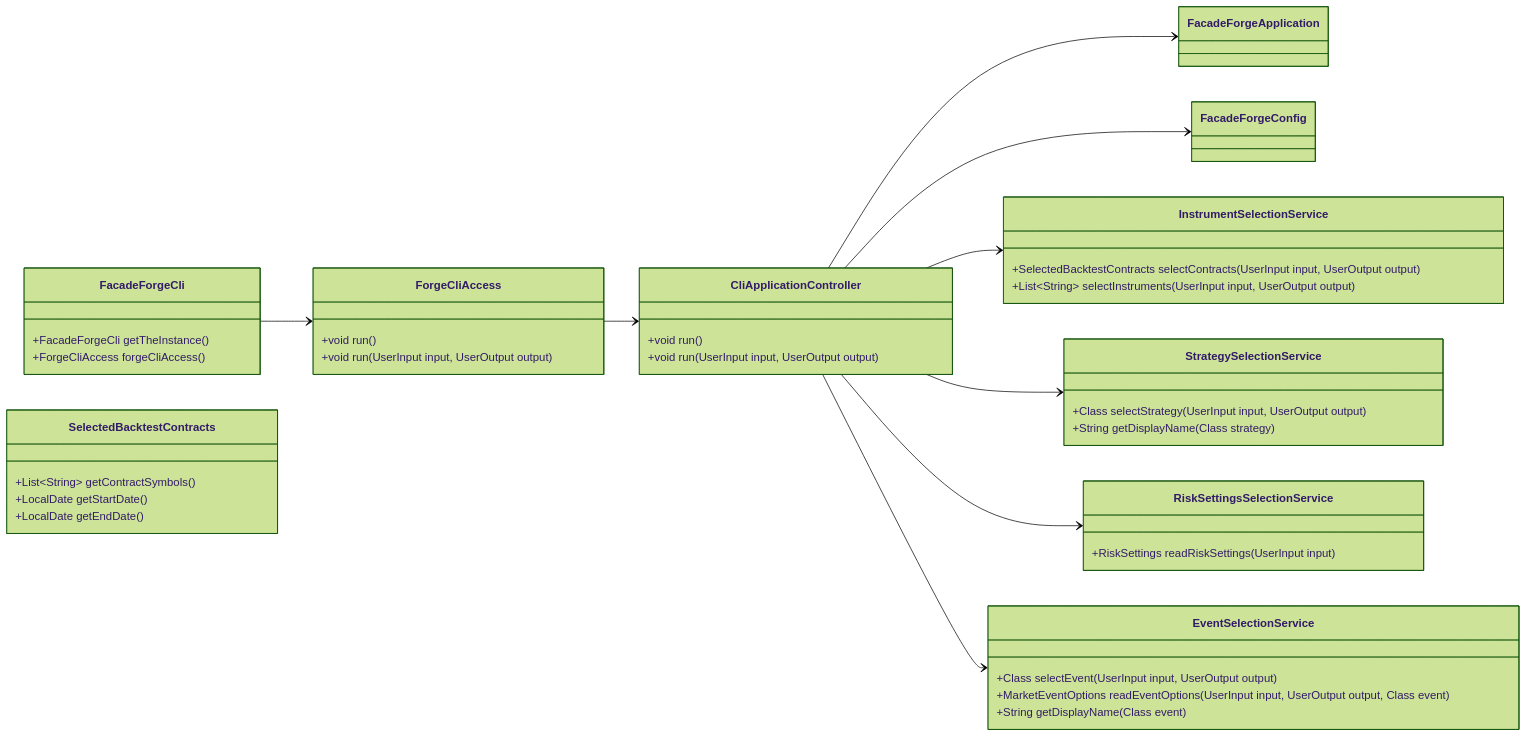
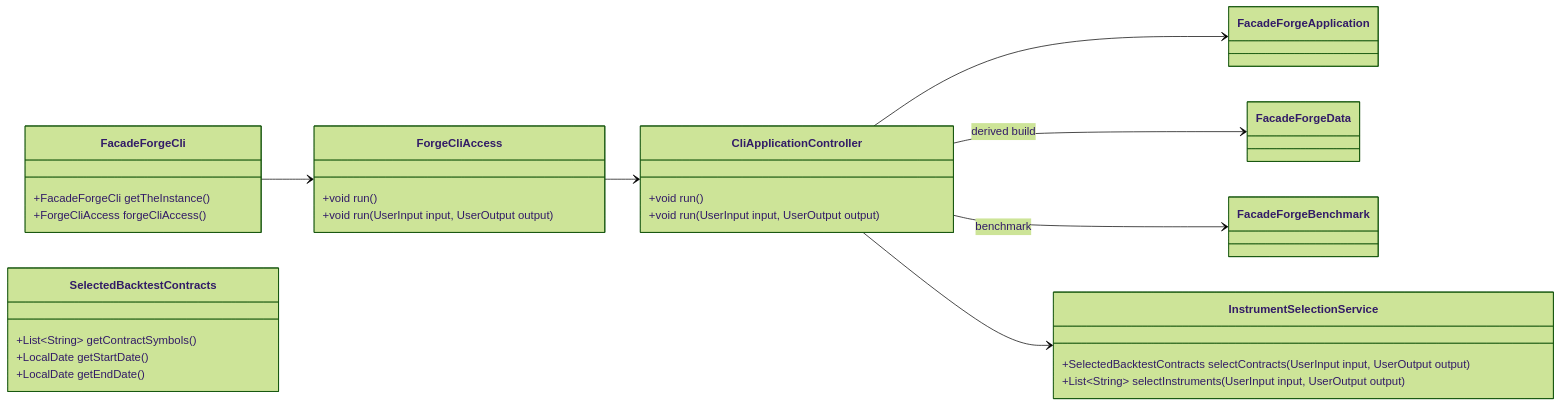
The fifth of 25 diagrams in class-model.md (probst-paul/FORGE), drawn with Mermaid (forest theme) before and after one commit. The commit also changed other lines of this file and 11 other files, not shown here.

First line of the commit message:
Separate user GUI workflows from admin CLI workflows

````diff
--- a/class-model.md
+++ b/class-model.md
@@ -262,54 +309,39 @@
 ```mermaid
 classDiagram
     direction LR
 
     class FacadeForgeCli {
         +FacadeForgeCli getTheInstance()
         +ForgeCliAccess forgeCliAccess()
     }
 
     class ForgeCliAccess {
         +void run()
         +void run(UserInput input, UserOutput output)
     }
 
     class CliApplicationController {
         +void run()
         +void run(UserInput input, UserOutput output)
     }
 
+    class FacadeForgeBenchmark
+
     class InstrumentSelectionService {
         +SelectedBacktestContracts selectContracts(UserInput input, UserOutput output)
         +List~String~ selectInstruments(UserInput input, UserOutput output)
     }
 
     class SelectedBacktestContracts {
         +List~String~ getContractSymbols()
         +LocalDate getStartDate()
         +LocalDate getEndDate()
     }
 
-    class StrategySelectionService {
-        +Class selectStrategy(UserInput input, UserOutput output)
-        +String getDisplayName(Class strategy)
-    }
-
-    class RiskSettingsSelectionService {
-        +RiskSettings readRiskSettings(UserInput input)
-    }
-
-    class EventSelectionService {
-        +Class selectEvent(UserInput input, UserOutput output)
-        +MarketEventOptions readEventOptions(UserInput input, UserOutput output, Class event)
-        +String getDisplayName(Class event)
-    }
-
     FacadeForgeCli --> ForgeCliAccess
     ForgeCliAccess --> CliApplicationController
     CliApplicationController --> FacadeForgeApplication
-    CliApplicationController --> FacadeForgeConfig
+    CliApplicationController --> FacadeForgeData : derived build
+    CliApplicationController --> FacadeForgeBenchmark : benchmark
     CliApplicationController --> InstrumentSelectionService
-    CliApplicationController --> StrategySelectionService
-    CliApplicationController --> RiskSettingsSelectionService
-    CliApplicationController --> EventSelectionService
 ```
````
